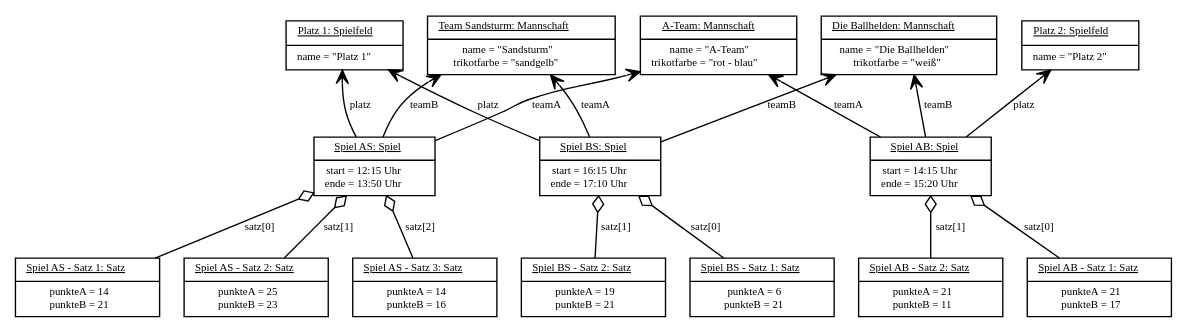
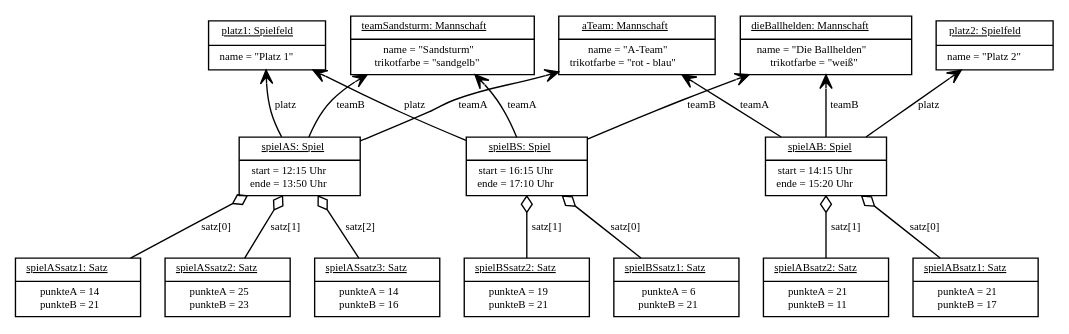
Before and after one commit to andrebauer/unterricht: the diagram in docs/anwendungsentwicklung/oop-java-einstieg/lernjob-klassendiagramm-quellcode-beachvolleyball.adoc, drawn with Graphviz. The commit also changed other lines of this file and 34 other files, not shown here.

```diff
--- a/docs/anwendungsentwicklung/oop-java-einstieg/lernjob-klassendiagramm-quellcode-beachvolleyball.adoc
+++ b/docs/anwendungsentwicklung/oop-java-einstieg/lernjob-klassendiagramm-quellcode-beachvolleyball.adoc
@@ -27,81 +27,81 @@
 [graphviz, gv-diag, svg]
 ....
 digraph G {
     fontname = "Bitstream Vera Sans"
     fontsize = 8
     rankdir = BT
 
     node [
         fontname = "Bitstream Vera Sans"
         fontsize = 8
         shape = "record"
     ]
 
-    P1 [ label=<{<u>Platz 1: Spielfeld</u>|name = "Platz 1"}> ]
+    P1 [ label=<{<u>platz1: Spielfeld</u>|name = "Platz 1"}> ]
     
-    P2 [ label=<{<u>Platz 2: Spielfeld</u>|name = "Platz 2"}> ]
+    P2 [ label=<{<u>platz2: Spielfeld</u>|name = "Platz 2"}> ]
 
-    TA [ label=<{<u>A-Team: Mannschaft</u>|name = "A-Team"<br/>trikotfarbe = "rot - blau"}> ]
+    TA [ label=<{<u>aTeam: Mannschaft</u>|name = "A-Team"<br/>trikotfarbe = "rot - blau"}> ]
 
-    TS [ label=<{<u>Team Sandsturm: Mannschaft</u>|name = "Sandsturm"<br/>trikotfarbe = "sandgelb"}> ]
+    TS [ label=<{<u>teamSandsturm: Mannschaft</u>|name = "Sandsturm"<br/>trikotfarbe = "sandgelb"}> ]
 
-    TB [ label=<{<u>Die Ballhelden: Mannschaft</u>|name = "Die Ballhelden"<br/>trikotfarbe = "weiß"}> ]
+    TB [ label=<{<u>dieBallhelden: Mannschaft</u>|name = "Die Ballhelden"<br/>trikotfarbe = "weiß"}> ]
 
-    S3 [ label=<{<u>Spiel AS - Satz 1: Satz</u>|punkteA = 14<br/>punkteB = 21}> ]
+    S3 [ label=<{<u>spielASsatz1: Satz</u>|punkteA = 14<br/>punkteB = 21}> ]
 
-    SAS [ label=<{<u>Spiel AS: Spiel</u>|start = 12:15 Uhr<br/>ende = 13:50 Uhr }> ]
+    SAS [ label=<{<u>spielAS: Spiel</u>|start = 12:15 Uhr<br/>ende = 13:50 Uhr }> ]
   
  
-    S4 [ label=<{<u>Spiel AS - Satz 2: Satz</u>|punkteA = 25<br/>punkteB = 23}> ]
+    S4 [ label=<{<u>spielASsatz2: Satz</u>|punkteA = 25<br/>punkteB = 23}> ]
   
-    S5 [ label=<{<u>Spiel AS - Satz 3: Satz</u>|punkteA = 14<br/>punkteB = 16}> ]
+    S5 [ label=<{<u>spielASsatz3: Satz</u>|punkteA = 14<br/>punkteB = 16}> ]
   
-    SAB [ label=<{<u>Spiel AB: Spiel</u>|start = 14:15 Uhr<br/>ende = 15:20 Uhr}> ]
+    SAB [ label=<{<u>spielAB: Spiel</u>|start = 14:15 Uhr<br/>ende = 15:20 Uhr}> ]
   
 
-    S1 [ label=<{<u>Spiel AB - Satz 1: Satz</u>|punkteA = 21<br/>punkteB = 17}> ]
+    S1 [ label=<{<u>spielABsatz1: Satz</u>|punkteA = 21<br/>punkteB = 17}> ]
 
 
-    S2 [ label=<{<u>Spiel AB - Satz 2: Satz</u>|punkteA = 21<br/>punkteB = 11}> ]
+    S2 [ label=<{<u>spielABsatz2: Satz</u>|punkteA = 21<br/>punkteB = 11}> ]
 
-    SBS [ label=<{<u>Spiel BS: Spiel</u>|start = 16:15 Uhr<br/>ende = 17:10 Uhr}> ]
+    SBS [ label=<{<u>spielBS: Spiel</u>|start = 16:15 Uhr<br/>ende = 17:10 Uhr}> ]
   
-    S6 [ label=<{<u>Spiel BS - Satz 1: Satz</u>|punkteA = 6<br/>punkteB = 21}> ]
+    S6 [ label=<{<u>spielBSsatz1: Satz</u>|punkteA = 6<br/>punkteB = 21}> ]
   
-    S7 [ label=<{<u>Spiel BS - Satz 2: Satz</u>|punkteA = 19<br/>punkteB = 21}> ]
+    S7 [ label=<{<u>spielBSsatz2: Satz</u>|punkteA = 19<br/>punkteB = 21}> ]
 
     edge [
         fontname = "Bitstream Vera Sans"
         fontsize = 8
 	arrowhead = "open"
     ]
 
     SAS -> TA [ label=teamA ]
     SAS -> TS [ label=teamB ]
     SAS -> P1 [ label=platz ]
     
     SAB -> TA [ label=teamA ]
     SAB -> TB [ label=teamB ]
     SAB -> P2 [ label=platz ]
 
     SBS -> TS [ label=teamA ]
     SBS -> TB [ label=teamB ]
     SBS -> P1 [ label=platz ]
 
     edge [
         fontname = "Bitstream Vera Sans"
         fontsize = 8
         arrowhead = "odiamond"
     ]
 
     S3 -> SAS [ label="satz[0]" ]
     S4 -> SAS [ label="satz[1]" ]
     S5 -> SAS [ label="satz[2]" ]
 
     S1 -> SAB [ label="satz[0]" ]
     S2 -> SAB [ label="satz[1]" ]
 
     S6 -> SBS [ label="satz[0]" ]
     S7 -> SBS [ label="satz[1]" ]
 }
 ....
```
